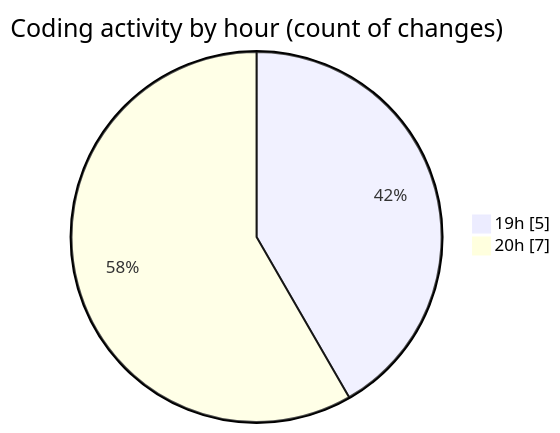
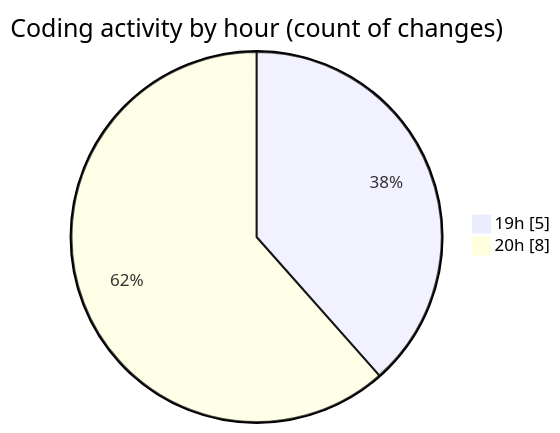
The second of 2 diagrams in 2025-02-19/micros/README.md (charlie-sans/code-tracking), drawn with Mermaid before and after one commit. The commit also changed other lines of this file and 1 other file, not shown here.

````diff
--- a/2025-02-19/micros/README.md
+++ b/2025-02-19/micros/README.md
@@ -36,6 +36,6 @@
 ```mermaid
 pie showData
 title Coding activity by hour (count of changes)
 "19h" : 5
-"20h" : 7
+"20h" : 8
 ```
````
